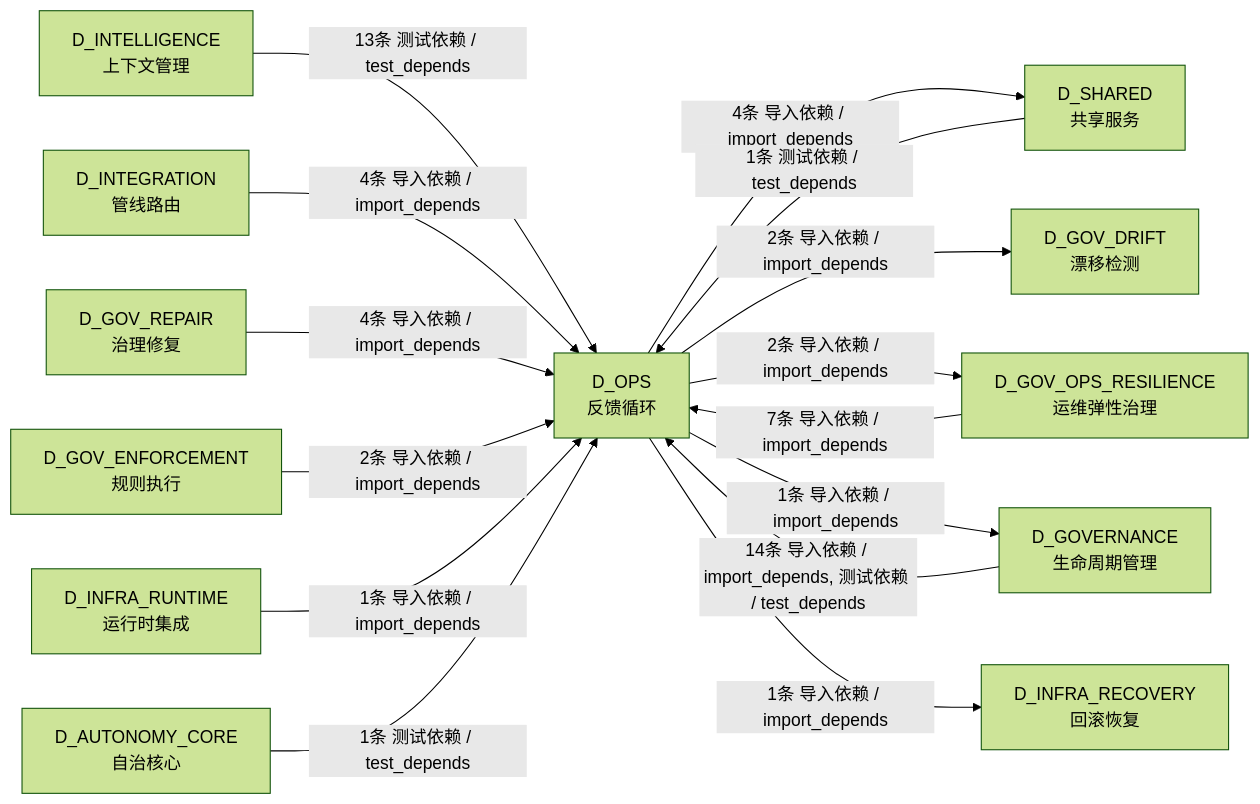
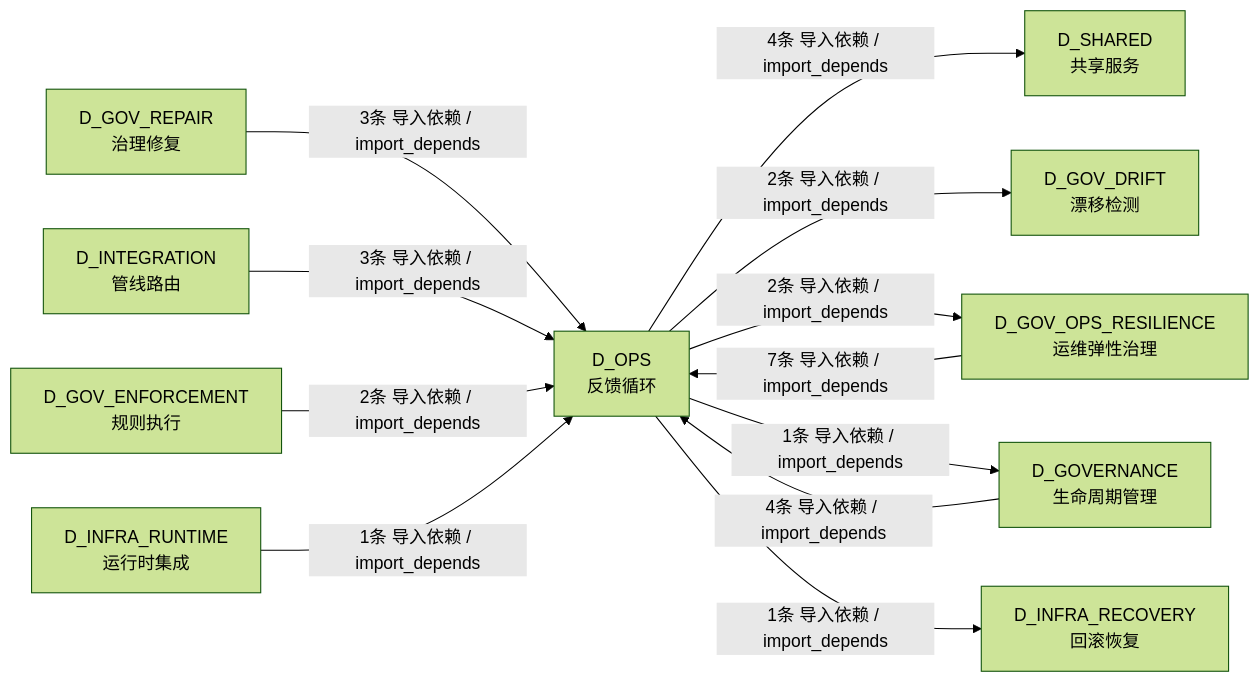
The fourth of 4 diagrams in docs/02_enterprise_architecture/02_domain_architecture_docs/21_d_ops.md (xuanFelixVan/ZephyrAlpha), drawn with Mermaid (forest theme) before and after one commit. The commit also changed other lines of this file and 126 other files, not shown here.

````diff
--- a/docs/02_enterprise_architecture/02_domain_architecture_docs/21_d_ops.md
+++ b/docs/02_enterprise_architecture/02_domain_architecture_docs/21_d_ops.md
@@ -293,29 +257,24 @@
 ```mermaid
 graph LR
     D_OPS["D_OPS<br/>反馈循环"]
     D_SHARED["D_SHARED<br/>共享服务"]
     D_GOV_DRIFT["D_GOV_DRIFT<br/>漂移检测"]
     D_GOV_OPS_RESILIENCE["D_GOV_OPS_RESILIENCE<br/>运维弹性治理"]
     D_GOVERNANCE["D_GOVERNANCE<br/>生命周期管理"]
     D_INFRA_RECOVERY["D_INFRA_RECOVERY<br/>回滚恢复"]
-    D_INTELLIGENCE["D_INTELLIGENCE<br/>上下文管理"]
+    D_GOV_REPAIR["D_GOV_REPAIR<br/>治理修复"]
     D_INTEGRATION["D_INTEGRATION<br/>管线路由"]
-    D_GOV_REPAIR["D_GOV_REPAIR<br/>治理修复"]
     D_GOV_ENFORCEMENT["D_GOV_ENFORCEMENT<br/>规则执行"]
     D_INFRA_RUNTIME["D_INFRA_RUNTIME<br/>运行时集成"]
-    D_AUTONOMY_CORE["D_AUTONOMY_CORE<br/>自治核心"]
     D_OPS -->|4条 导入依赖 / import_depends| D_SHARED
     D_OPS -->|2条 导入依赖 / import_depends| D_GOV_DRIFT
     D_OPS -->|2条 导入依赖 / import_depends| D_GOV_OPS_RESILIENCE
     D_OPS -->|1条 导入依赖 / import_depends| D_GOVERNANCE
     D_OPS -->|1条 导入依赖 / import_depends| D_INFRA_RECOVERY
-    D_GOVERNANCE -->|14条 导入依赖 / import_depends, 测试依赖 / test_depends| D_OPS
-    D_INTELLIGENCE -->|13条 测试依赖 / test_depends| D_OPS
     D_GOV_OPS_RESILIENCE -->|7条 导入依赖 / import_depends| D_OPS
-    D_INTEGRATION -->|4条 导入依赖 / import_depends| D_OPS
-    D_GOV_REPAIR -->|4条 导入依赖 / import_depends| D_OPS
+    D_GOVERNANCE -->|4条 导入依赖 / import_depends| D_OPS
+    D_GOV_REPAIR -->|3条 导入依赖 / import_depends| D_OPS
+    D_INTEGRATION -->|3条 导入依赖 / import_depends| D_OPS
     D_GOV_ENFORCEMENT -->|2条 导入依赖 / import_depends| D_OPS
-    D_SHARED -->|1条 测试依赖 / test_depends| D_OPS
     D_INFRA_RUNTIME -->|1条 导入依赖 / import_depends| D_OPS
-    D_AUTONOMY_CORE -->|1条 测试依赖 / test_depends| D_OPS
 ```
````
